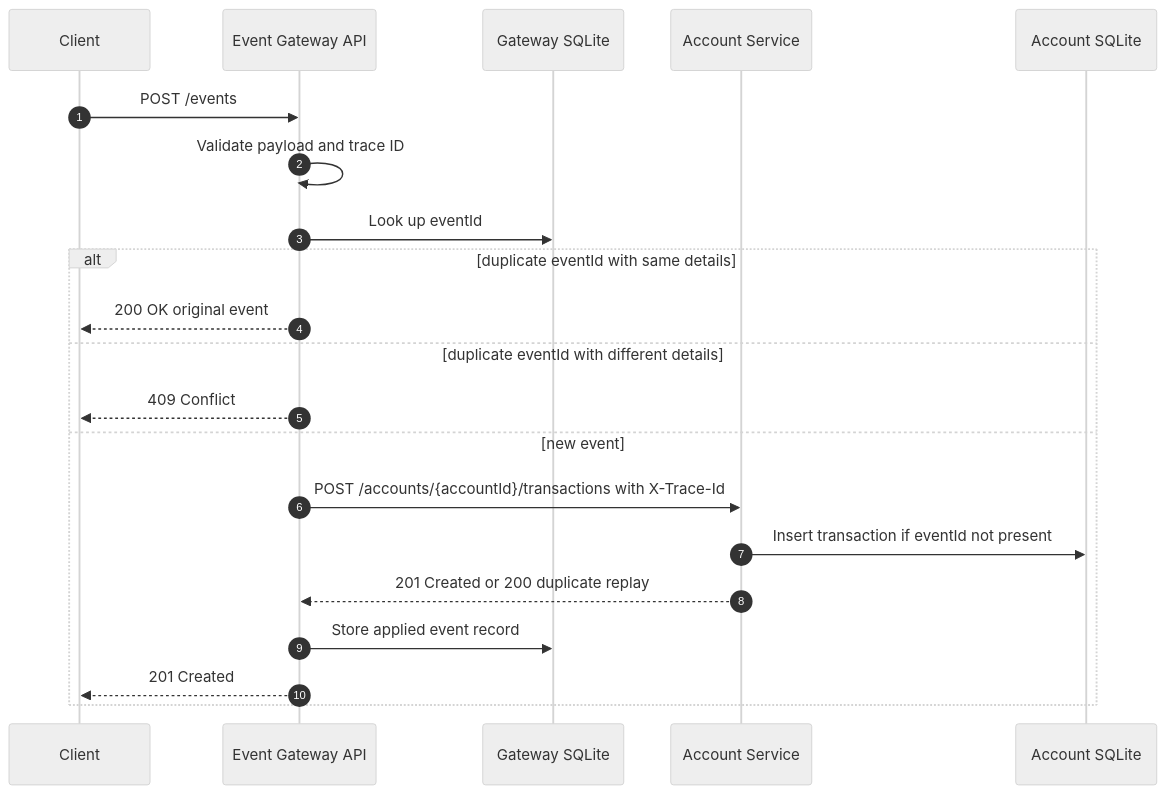
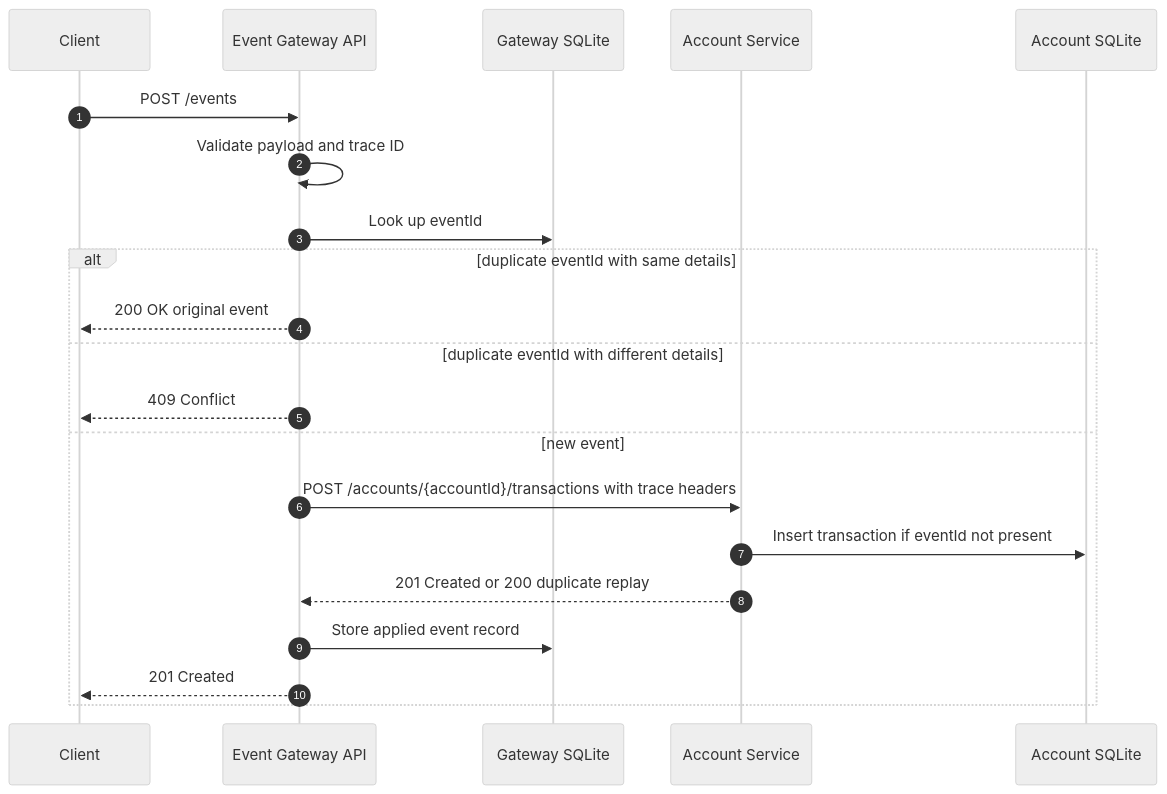
The third of 3 diagrams in docs/architecture.md (phnxfire/distr-sys-itrvw), drawn with Mermaid (neutral theme) before and after one commit. The commit also changed other lines of this file and 17 other files, not shown here.

````diff
--- a/docs/architecture.md
+++ b/docs/architecture.md
@@ -72,24 +73,24 @@
 ```mermaid
 sequenceDiagram
   autonumber
   participant Client
   participant Gateway as Event Gateway API
   participant GatewayDB as Gateway SQLite
   participant Account as Account Service
   participant AccountDB as Account SQLite
 
   Client->>Gateway: POST /events
   Gateway->>Gateway: Validate payload and trace ID
   Gateway->>GatewayDB: Look up eventId
   alt duplicate eventId with same details
     Gateway-->>Client: 200 OK original event
   else duplicate eventId with different details
     Gateway-->>Client: 409 Conflict
   else new event
-    Gateway->>Account: POST /accounts/{accountId}/transactions with X-Trace-Id
+    Gateway->>Account: POST /accounts/{accountId}/transactions with trace headers
     Account->>AccountDB: Insert transaction if eventId not present
     Account-->>Gateway: 201 Created or 200 duplicate replay
     Gateway->>GatewayDB: Store applied event record
     Gateway-->>Client: 201 Created
   end
 ```
````
